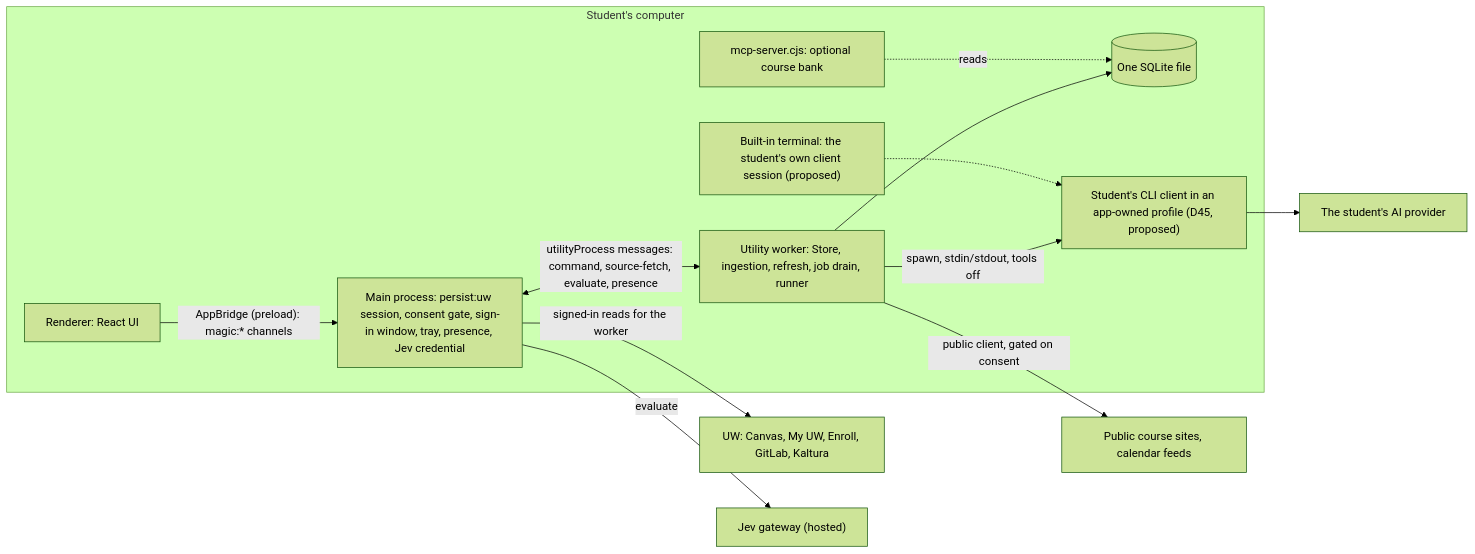
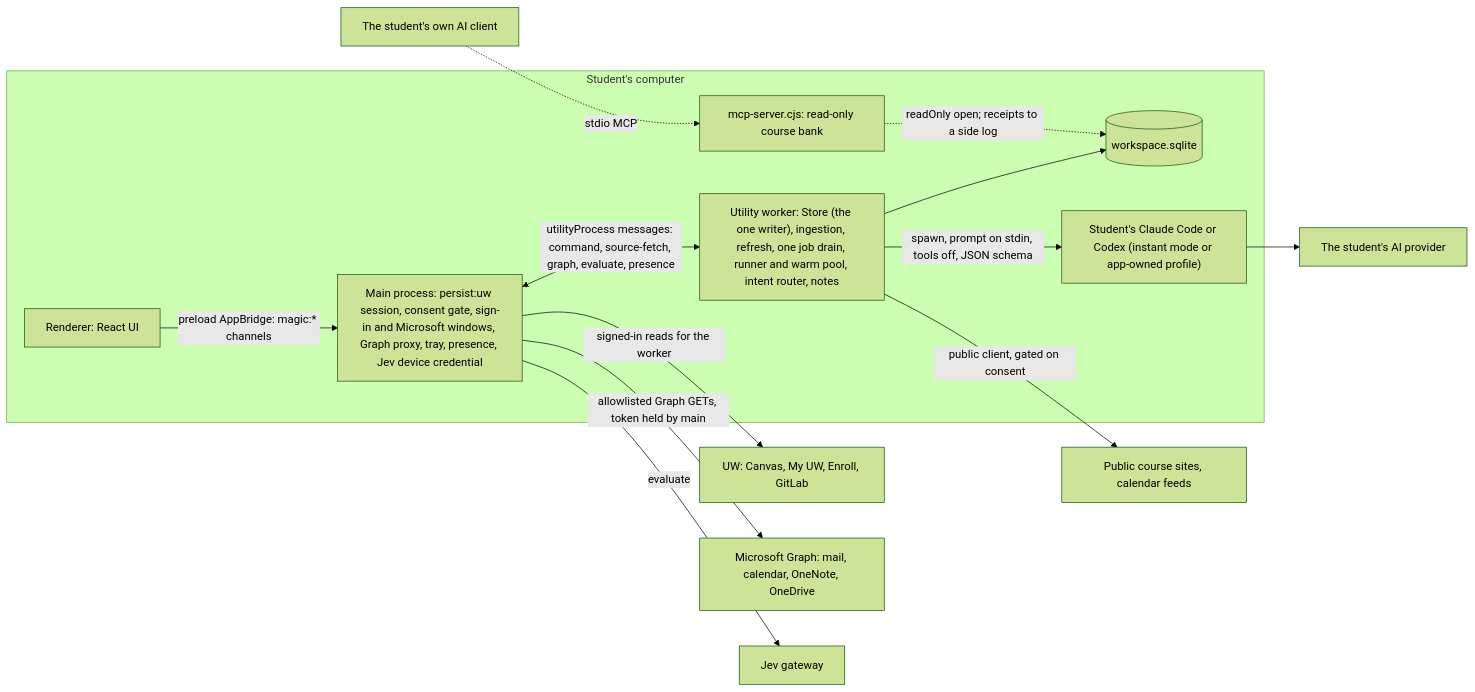
One commit to benverhaalen/magic-uw changed the first of 3 diagrams in docs/course-backend-architecture.md. Above: the diagram before and after it, drawn with Mermaid (forest theme). The commit also changed other lines of this file and 2 other files, not shown here.

First line of the commit message:
docs: professional platform, business and architecture documentation

````diff
--- a/docs/course-backend-architecture.md
+++ b/docs/course-backend-architecture.md
@@ -102,17 +68,18 @@
 ```mermaid
 flowchart LR
   subgraph PC["Student's computer"]
-    R["Renderer: React UI"] -->|"AppBridge (preload): magic:* channels"| M
-    M["Main process: persist:uw session, consent gate, sign-in window, tray, presence, Jev credential"]
-    M <-->|"utilityProcess messages: command, source-fetch, evaluate, presence"| W
-    W["Utility worker: Store, ingestion, refresh, job drain, runner"]
-    W --> DB[("One SQLite file")]
-    W -->|"spawn, stdin/stdout, tools off"| C["Student's CLI client in an app-owned profile (D45, proposed)"]
-    T["Built-in terminal: the student's own client session (proposed)"] -.-> C
-    MCP["mcp-server.cjs: optional course bank"] -.->|"reads"| DB
+    R["Renderer: React UI"] -->|"preload AppBridge: magic:* channels"| M
+    M["Main process: persist:uw session, consent gate, sign-in and Microsoft windows, Graph proxy, tray, presence, Jev device credential"]
+    M <-->|"utilityProcess messages: command, source-fetch, graph, evaluate, presence"| W
+    W["Utility worker: Store (the one writer), ingestion, refresh, one job drain, runner and warm pool, intent router, notes"]
+    W --> DB[("workspace.sqlite")]
+    W -->|"spawn, prompt on stdin, tools off, JSON schema"| C["Student's Claude Code or Codex (instant mode or app-owned profile)"]
+    MCP["mcp-server.cjs: read-only course bank"] -.->|"readOnly open; receipts to a side log"| DB
   end
-  M -->|"signed-in reads for the worker"| UW["UW: Canvas, My UW, Enroll, GitLab, Kaltura"]
+  M -->|"signed-in reads for the worker"| UW["UW: Canvas, My UW, Enroll, GitLab"]
+  M -->|"allowlisted Graph GETs, token held by main"| MS["Microsoft Graph: mail, calendar, OneNote, OneDrive"]
   W -->|"public client, gated on consent"| PUB["Public course sites, calendar feeds"]
-  M -->|"evaluate"| JEV["Jev gateway (hosted)"]
+  M -->|"evaluate"| JEV["Jev gateway"]
   C --> AI["The student's AI provider"]
+  EXT["The student's own AI client"] -.->|"stdio MCP"| MCP
 ```
````
